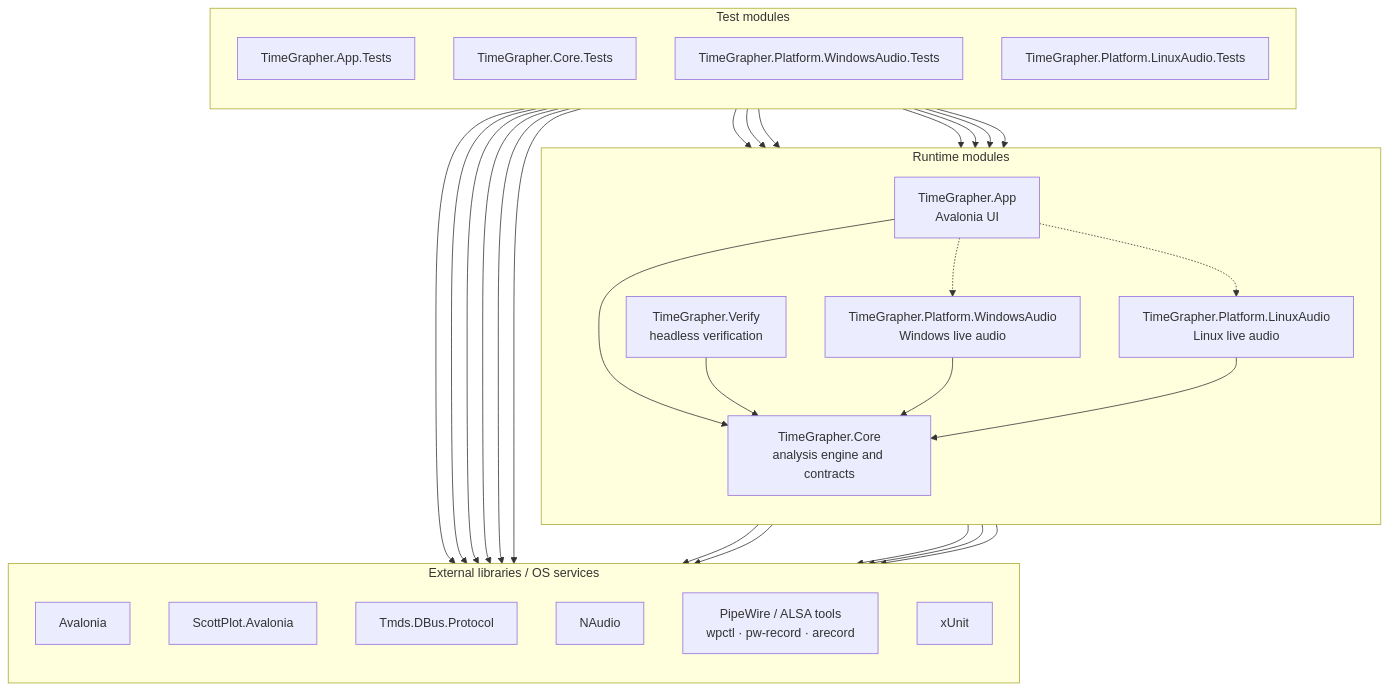
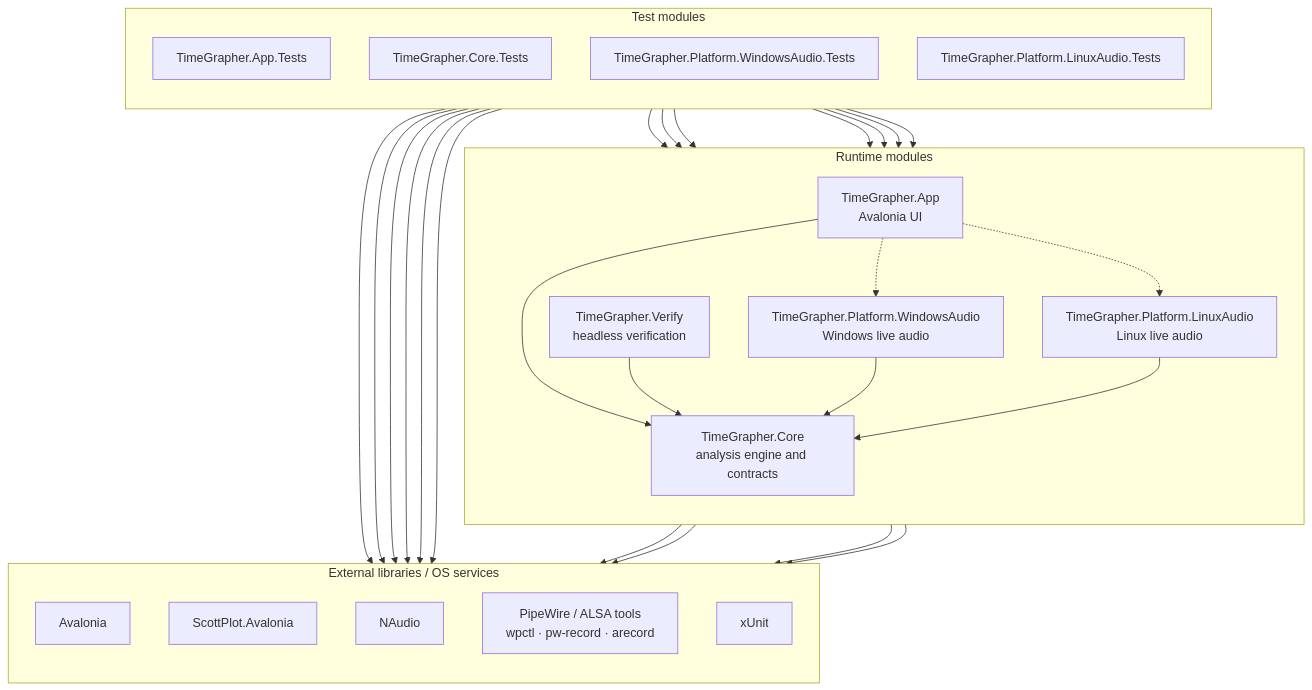
One commit to lgcmu2026-team5/TimeGrapher-Net changed the first of 3 diagrams in docs/MODULE_USES_VIEW.md. Above: the diagram before and after it, drawn with Mermaid. The commit also changed other lines of this file and 7 other files, not shown here.

First line of the commit message:
build(app): drop the superseded Tmds.DBus.Protocol pin

````diff
--- a/docs/MODULE_USES_VIEW.md
+++ b/docs/MODULE_USES_VIEW.md
@@ -7,56 +7,54 @@
 ```mermaid
 flowchart TB
     subgraph Runtime["Runtime modules"]
         direction TB
         App["TimeGrapher.App<br/>Avalonia UI"]
         Verify["TimeGrapher.Verify<br/>headless verification"]
         WindowsAudio["TimeGrapher.Platform.WindowsAudio<br/>Windows live audio"]
         LinuxAudio["TimeGrapher.Platform.LinuxAudio<br/>Linux live audio"]
         Core["TimeGrapher.Core<br/>analysis engine and contracts"]
     end
 
     subgraph Tests["Test modules"]
         direction TB
         AppTests["TimeGrapher.App.Tests"]
         CoreTests["TimeGrapher.Core.Tests"]
         WindowsAudioTests["TimeGrapher.Platform.WindowsAudio.Tests"]
         LinuxAudioTests["TimeGrapher.Platform.LinuxAudio.Tests"]
     end
 
     subgraph External["External libraries / OS services"]
         direction TB
         Avalonia["Avalonia"]
         ScottPlot["ScottPlot.Avalonia"]
-        TmdsDbus["Tmds.DBus.Protocol"]
         NAudio["NAudio"]
         LinuxAudioStack["PipeWire / ALSA tools<br/>wpctl · pw-record · arecord"]
         Xunit["xUnit"]
     end
 
     App --> Core
     App -.-> WindowsAudio
     App -.-> LinuxAudio
     Verify --> Core
     WindowsAudio --> Core
     LinuxAudio --> Core
 
     AppTests --> App
     AppTests --> Core
     CoreTests --> Core
     WindowsAudioTests --> WindowsAudio
     WindowsAudioTests --> Core
     LinuxAudioTests --> LinuxAudio
     LinuxAudioTests --> Core
 
     App --> Avalonia
     App --> ScottPlot
-    App --> TmdsDbus
     WindowsAudio --> NAudio
     LinuxAudio --> LinuxAudioStack
     AppTests --> Avalonia
     AppTests --> ScottPlot
     AppTests --> Xunit
     CoreTests --> Xunit
     WindowsAudioTests --> Xunit
     LinuxAudioTests --> Xunit
 ```
````
